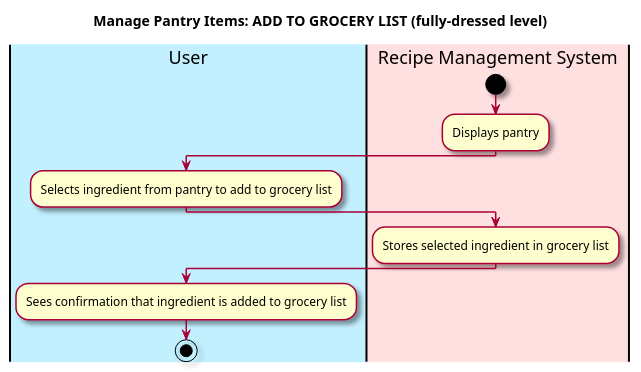
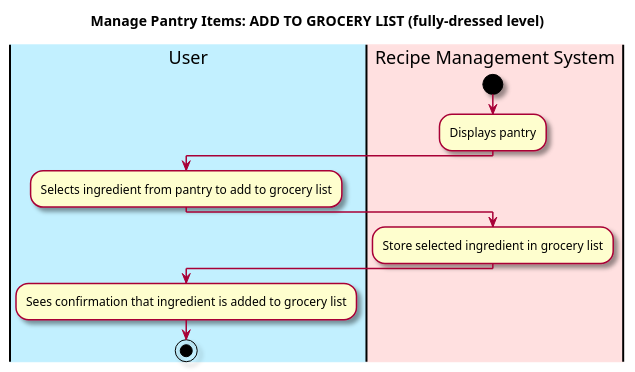
The fourth of 8 diagrams in intellij/doc/use-cases/manage_pantry.md (berthashipper/Pantry-Pal-Android-Application), drawn with PlantUML before and after one commit. The commit also changed other lines of this file and 11 other files, not shown here.

Commit message:
Updated sequence diagrams and workflows to reflect real code

````diff
--- a/intellij/doc/use-cases/manage_pantry.md
+++ b/intellij/doc/use-cases/manage_pantry.md
@@ -126,25 +107,22 @@
 ```plantuml
 @startuml
-
 skin rose
 
 title Manage Pantry Items: ADD TO GROCERY LIST (fully-dressed level)
 
 'define the lanes
 |#application|User|
 |#implementation|Recipe Management System|
 
 |Recipe Management System|
 start
 :Displays pantry;
 |User|
 :Selects ingredient from pantry to add to grocery list;
 |Recipe Management System|
-:Stores selected ingredient in grocery list;
-
+:Store selected ingredient in grocery list;
 |User|
 :Sees confirmation that ingredient is added to grocery list;
-
 stop
 @enduml
 ```
````
